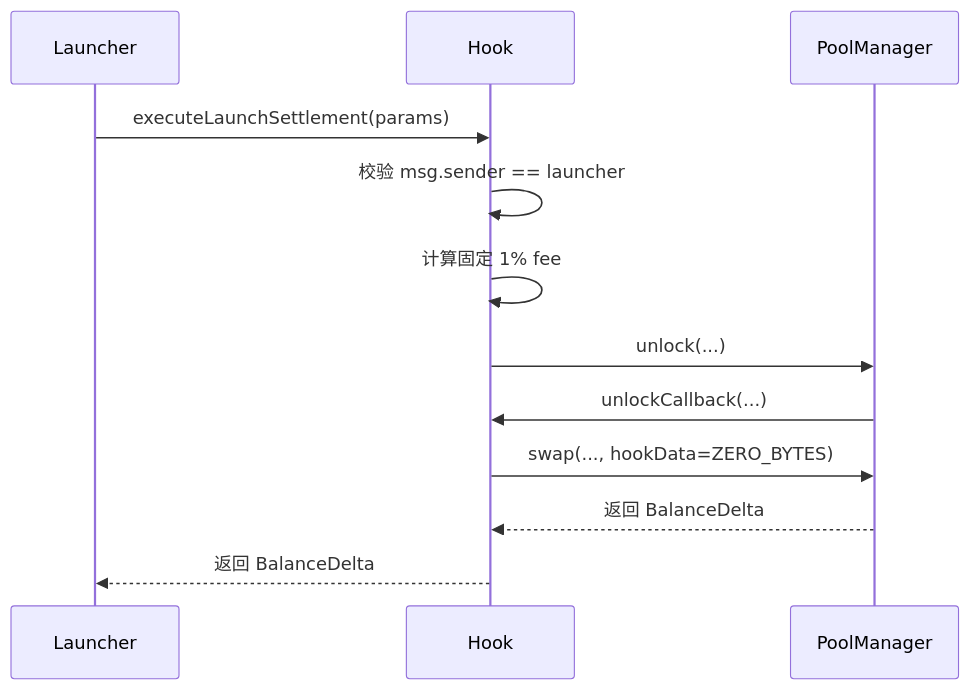
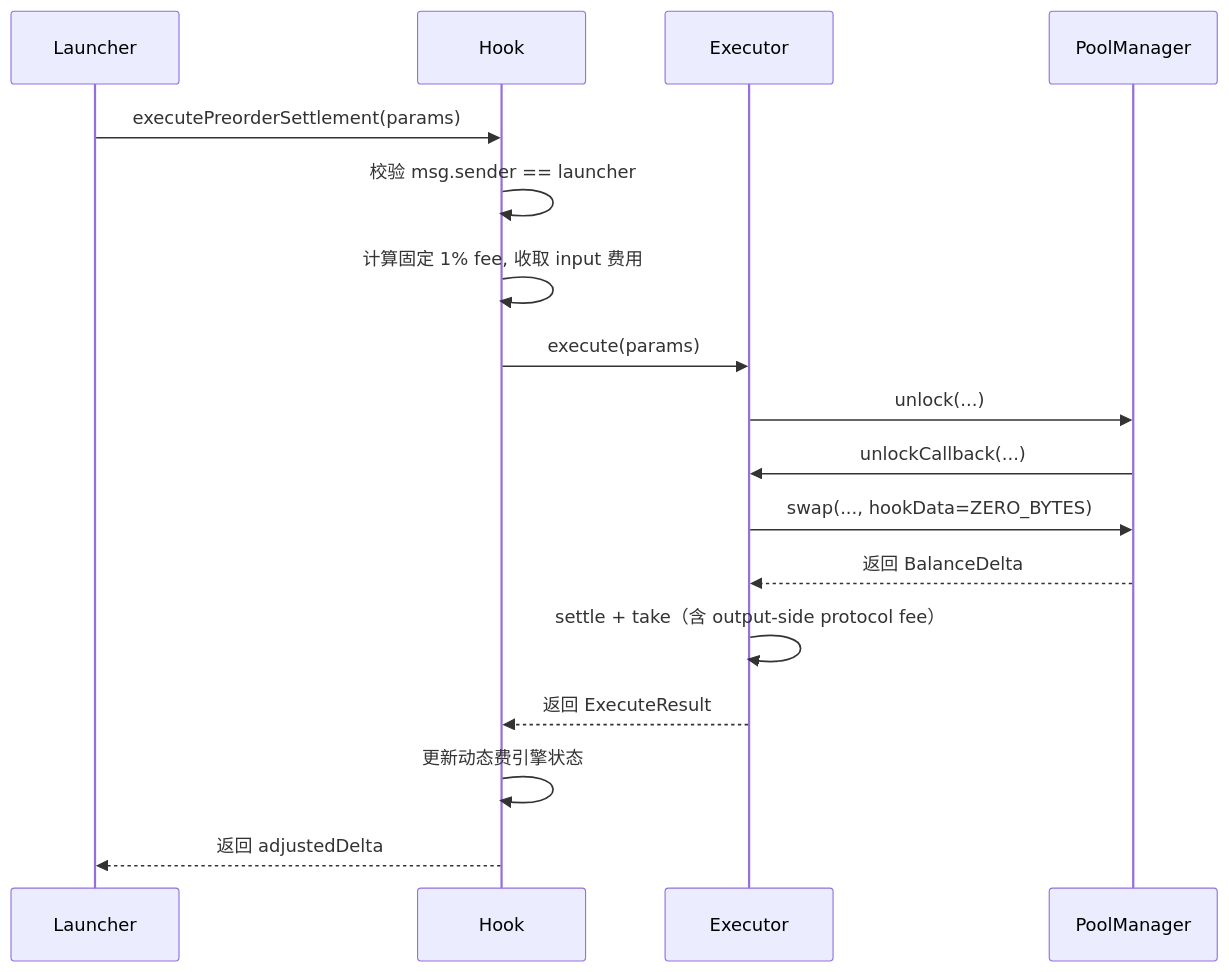
Before and after one commit to OutrunBuild/MemeverseV2: the third of 7 diagrams in docs/spec/swap/swap-flow.md, drawn with Mermaid. The commit also changed other lines of this file and 21 other files, not shown here.

First line of the commit message:
refactor: update docs/spec and harness for preorder settlement extraction

````diff
--- a/docs/spec/swap/swap-flow.md
+++ b/docs/spec/swap/swap-flow.md
@@ -58,15 +58,20 @@
 ```mermaid
 sequenceDiagram
     participant L as Launcher
     participant H as Hook
+    participant E as Executor
     participant PM as PoolManager
 
-    L->>H: executeLaunchSettlement(params)
+    L->>H: executePreorderSettlement(params)
     H->>H: 校验 msg.sender == launcher
-    H->>H: 计算固定 1% fee
-    H->>PM: unlock(...)
-    PM->>H: unlockCallback(...)
-    H->>PM: swap(..., hookData=ZERO_BYTES)
-    PM-->>H: 返回 BalanceDelta
-    H-->>L: 返回 BalanceDelta
+    H->>H: 计算固定 1% fee, 收取 input 费用
+    H->>E: execute(params)
+    E->>PM: unlock(...)
+    PM->>E: unlockCallback(...)
+    E->>PM: swap(..., hookData=ZERO_BYTES)
+    PM-->>E: 返回 BalanceDelta
+    E->>E: settle + take（含 output-side protocol fee）
+    E-->>H: 返回 ExecuteResult
+    H->>H: 更新动态费引擎状态
+    H-->>L: 返回 adjustedDelta
 ```
````
